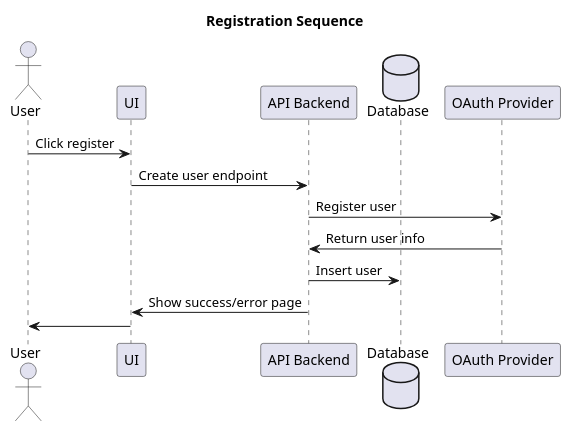
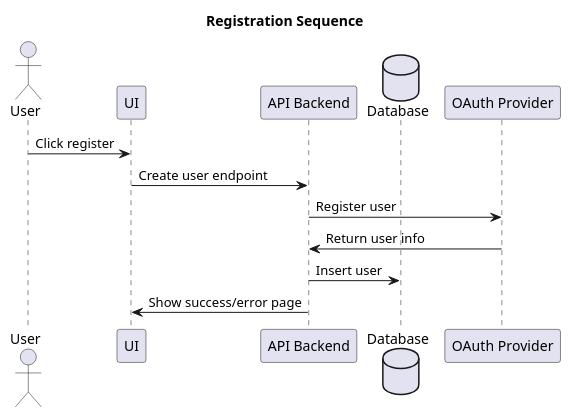
The diagram in Diagrams/UserStories/registration.puml (adhurjaty/prediction-app), drawn with PlantUML before and after one commit. The commit also changed 7 other files, not shown here.

Commit message:
more diagramming

```diff
--- a/Diagrams/UserStories/registration.puml
+++ b/Diagrams/UserStories/registration.puml
@@ -1,19 +1,18 @@
 @startuml Registration Sequence
 
 title Registration Sequence
 
 actor User as user
 participant UI as ui
 participant "API Backend" as api
 database Database as db
 participant "OAuth Provider" as oauth
 
 user -> ui : Click register 
 ui -> api : Create user endpoint
 api -> oauth : Register user
 oauth -> api : Return user info
 api -> db : Insert user
 api -> ui : Show success/error page
-ui -> user
 
 @enduml
```
